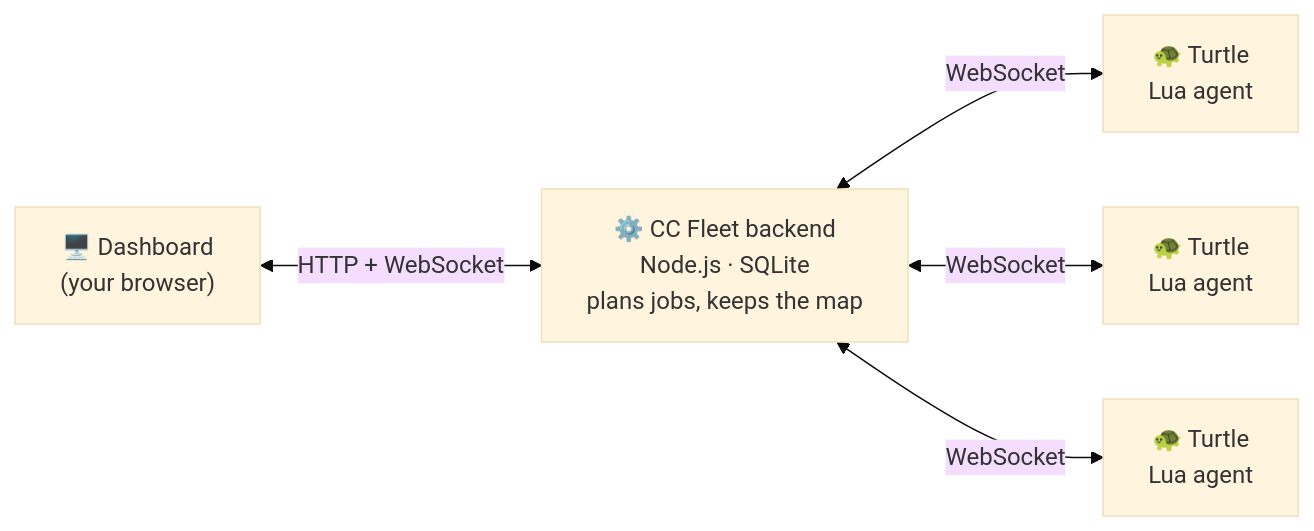
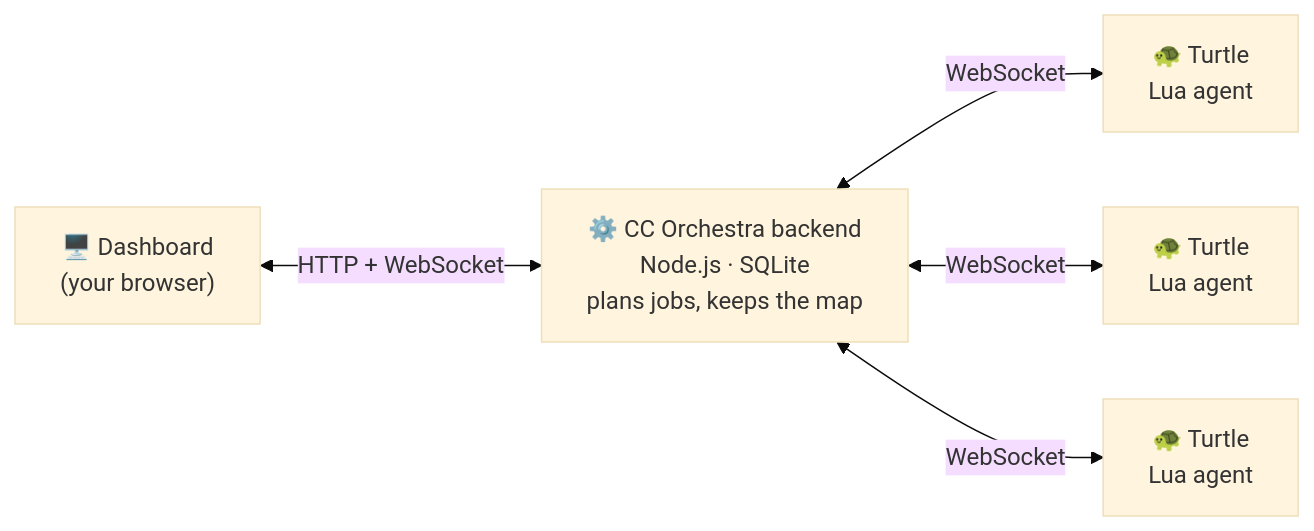
One commit to v3lip/CC-Orchestra changed the diagram in README.md. Above: the diagram before and after it, drawn with Mermaid (base theme). The commit also changed other lines of this file and 16 other files, not shown here.

````diff
--- a/README.md
+++ b/README.md
@@ -85,7 +85,7 @@
 ```mermaid
 flowchart LR
-    B["🖥️ Dashboard<br/>(your browser)"] <-- "HTTP + WebSocket" --> S["⚙️ CC Fleet backend<br/>Node.js · SQLite<br/>plans jobs, keeps the map"]
+    B["🖥️ Dashboard<br/>(your browser)"] <-- "HTTP + WebSocket" --> S["⚙️ CC Orchestra backend<br/>Node.js · SQLite<br/>plans jobs, keeps the map"]
     S <-- "WebSocket" --> T1["🐢 Turtle<br/>Lua agent"]
     S <-- "WebSocket" --> T2["🐢 Turtle<br/>Lua agent"]
     S <-- "WebSocket" --> T3["🐢 Turtle<br/>Lua agent"]
 ```
````
